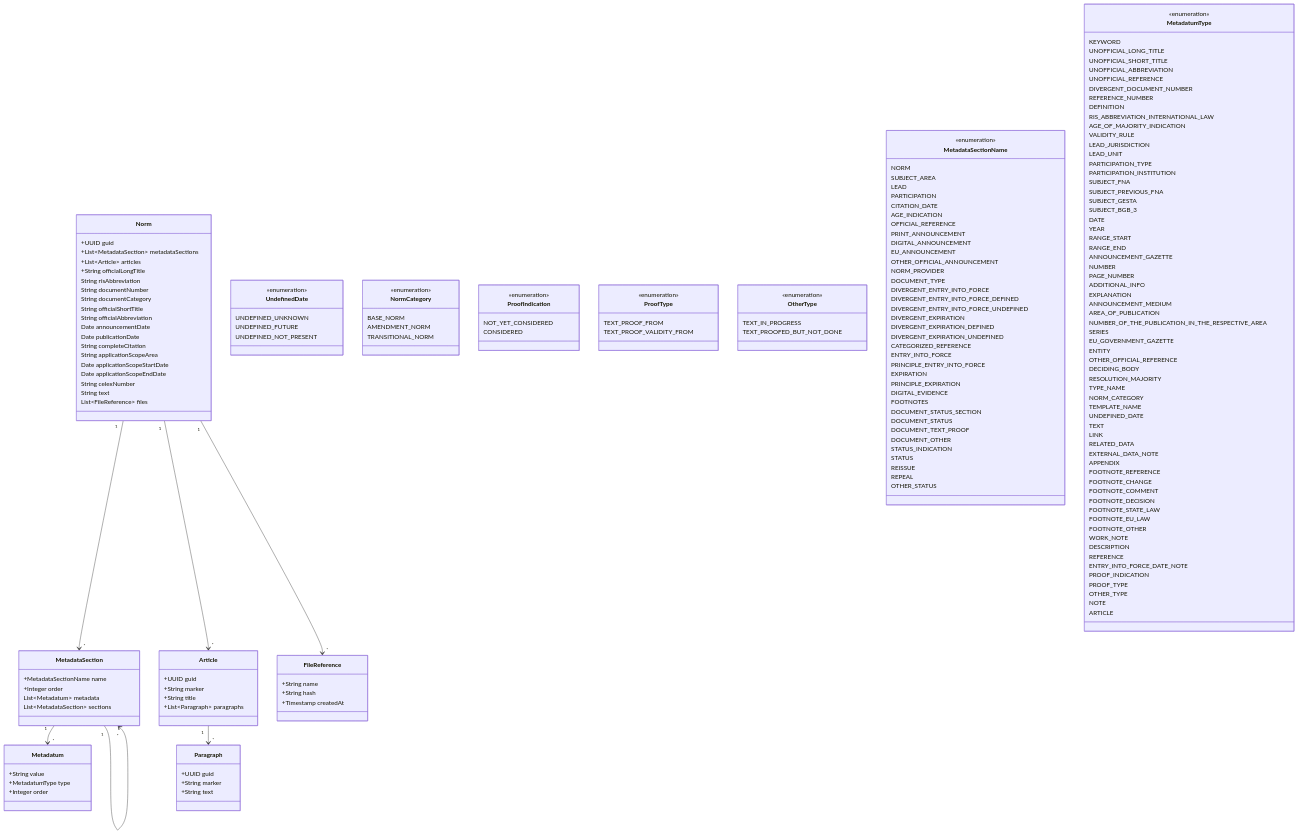
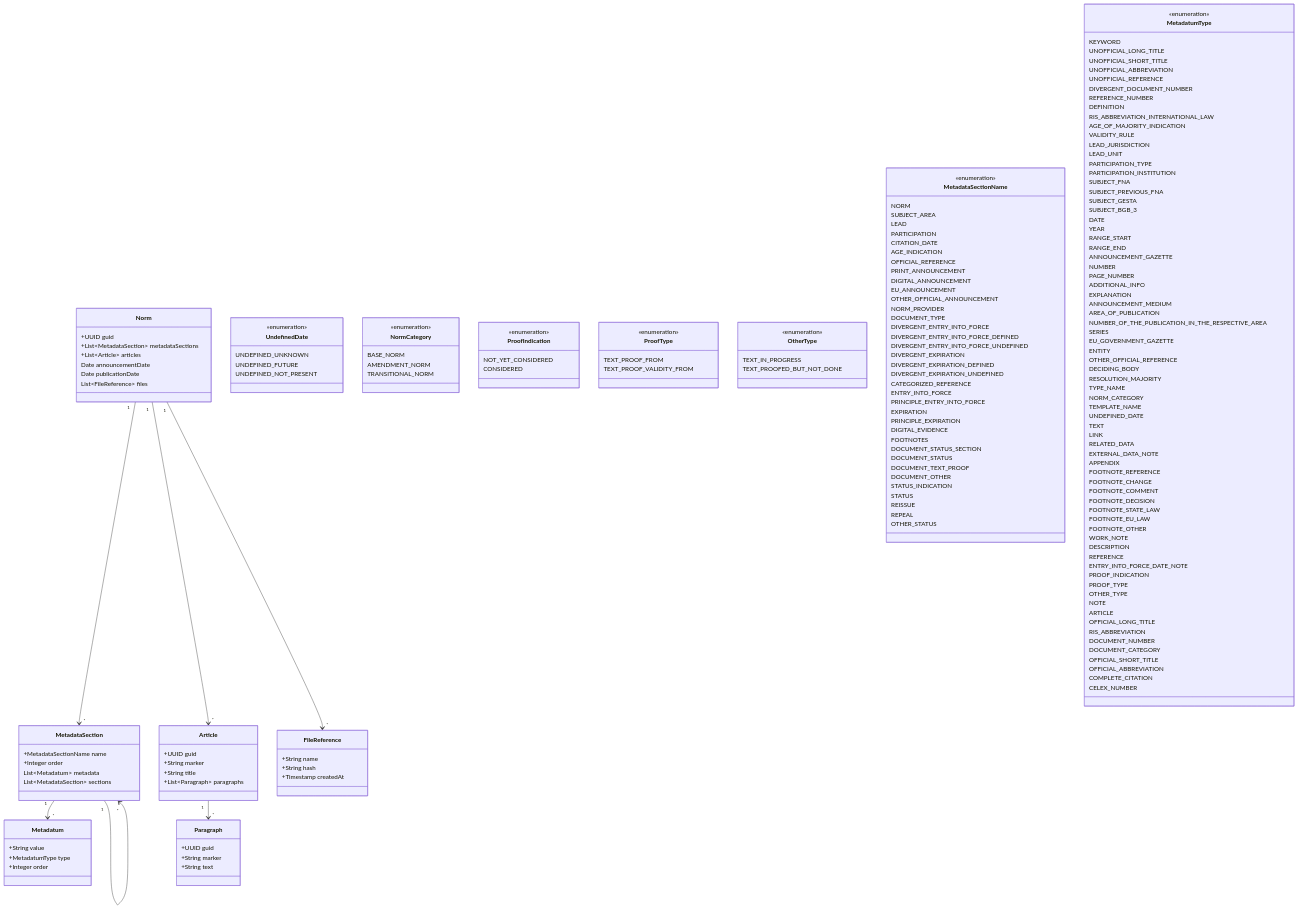
The diagram in doc/norms/domain-model.md (digitalservicebund/ris-backend-service), drawn with Mermaid before and after one commit. The commit also changed 3 other files, not shown here.

```diff
--- a/doc/norms/domain-model.md
+++ b/doc/norms/domain-model.md
@@ -7,27 +7,9 @@
     +List~MetadataSection~ metadataSections
     +List~Article~ articles
 
-    +String officialLongTitle
-    String risAbbreviation
-    String documentNumber
-    String documentCategory
-
-    String officialShortTitle
-    String officialAbbreviation
-
     Date announcementDate
     Date publicationDate
 
-    String completeCitation
-
-
-    String applicationScopeArea
-    Date applicationScopeStartDate
-    Date applicationScopeEndDate
-
-    String celexNumber
-
-    String text
     List~FileReference~ files
   }
 
@@ -194,6 +176,14 @@
     OTHER_TYPE
     NOTE
     ARTICLE
+    OFFICIAL_LONG_TITLE
+    RIS_ABBREVIATION
+    DOCUMENT_NUMBER
+    DOCUMENT_CATEGORY
+    OFFICIAL_SHORT_TITLE
+    OFFICIAL_ABBREVIATION
+    COMPLETE_CITATION
+    CELEX_NUMBER
   }
 
   class FileReference {
```
